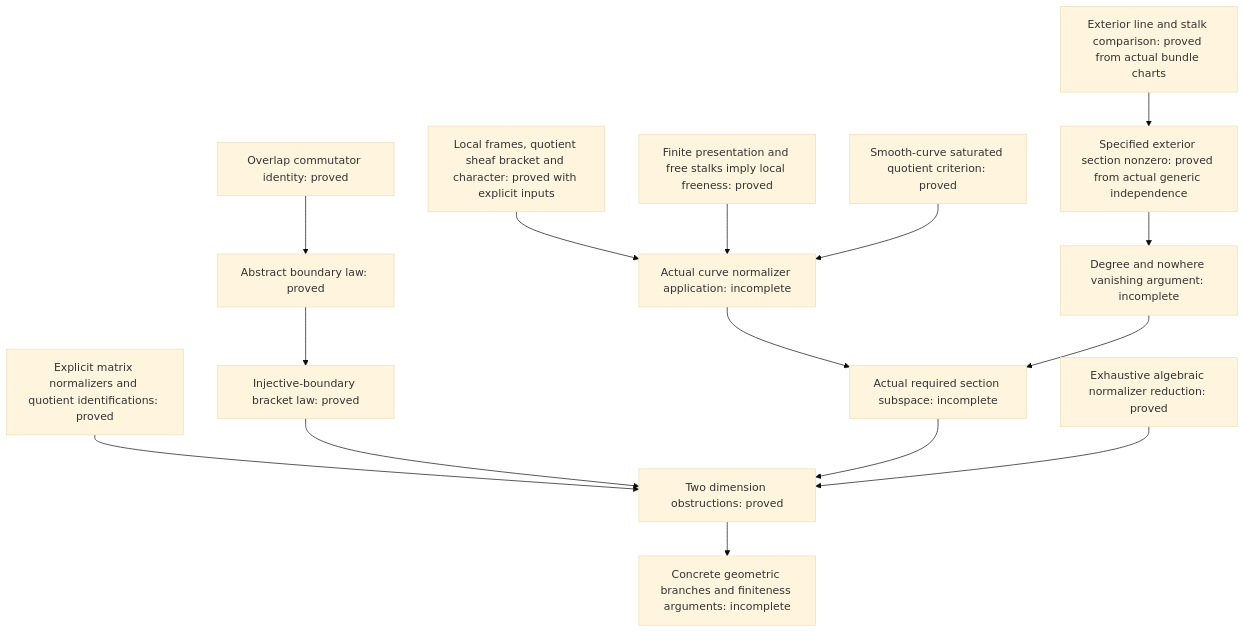
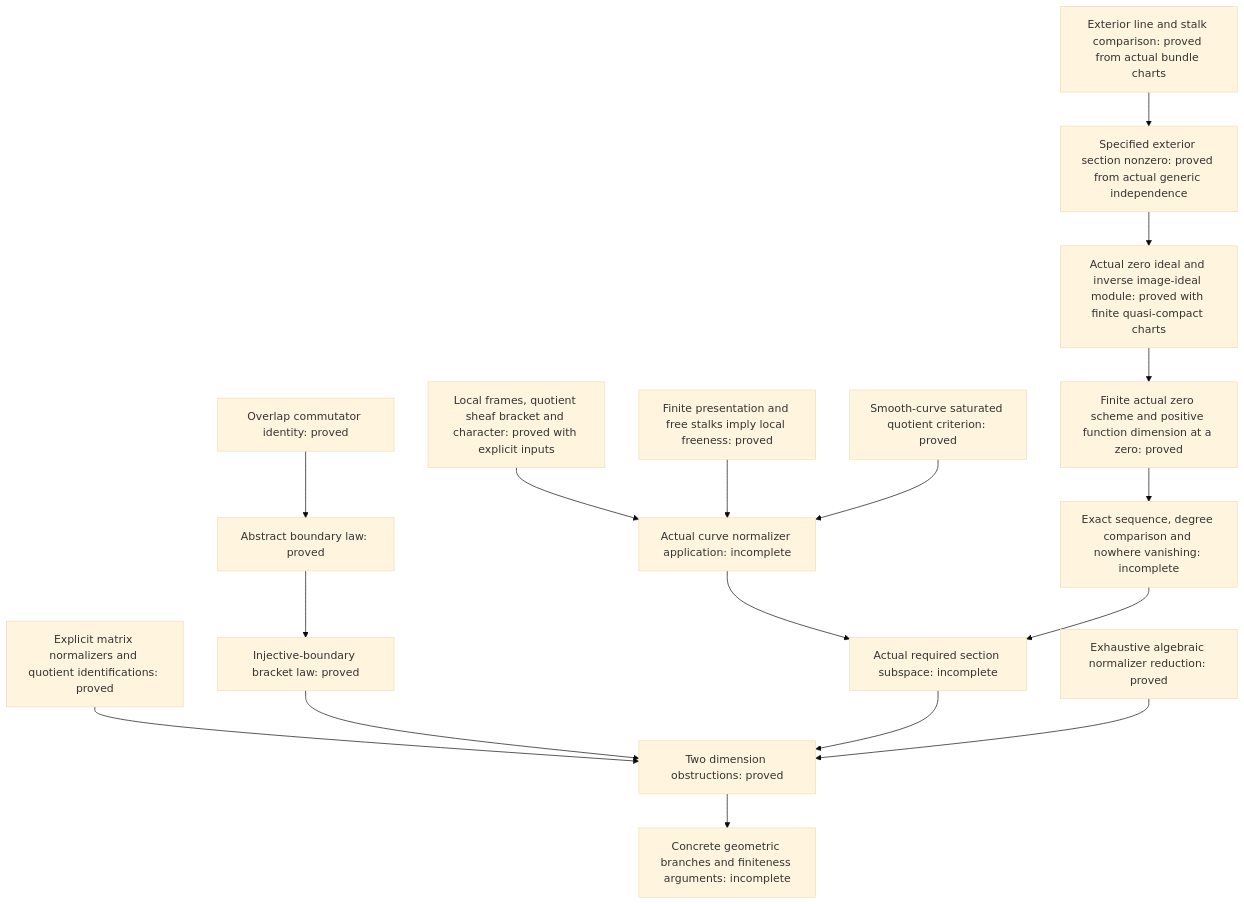
Before and after one commit to Robby955/rank-three-mcg-finiteness: the diagram in lean/normalizer-core/OVERVIEW.md, drawn with Mermaid (base theme). The commit also changed other lines of this file and 32 other files, not shown here.

````diff
--- a/lean/normalizer-core/OVERVIEW.md
+++ b/lean/normalizer-core/OVERVIEW.md
@@ -45,17 +45,19 @@
 ```mermaid
 flowchart TD
   A[Overlap commutator identity: proved] --> B[Abstract boundary law: proved]
   B --> C[Injective-boundary bracket law: proved]
   D[Explicit matrix normalizers and quotient identifications: proved] --> E[Two dimension obstructions: proved]
   C --> E
   F[Local frames, quotient sheaf bracket and character: proved with explicit inputs] --> G[Actual curve normalizer application: incomplete]
   H[Finite presentation and free stalks imply local freeness: proved] --> G
   I[Smooth-curve saturated quotient criterion: proved] --> G
   G --> J[Actual required section subspace: incomplete]
   J --> E
   L[Exhaustive algebraic normalizer reduction: proved] --> E
   M[Exterior line and stalk comparison: proved from actual bundle charts] --> N[Specified exterior section nonzero: proved from actual generic independence]
-  N --> O[Degree and nowhere vanishing argument: incomplete]
+  N --> P[Actual zero ideal and inverse image-ideal module: proved with finite quasi-compact charts]
+  P --> Q[Finite actual zero scheme and positive function dimension at a zero: proved]
+  Q --> O[Exact sequence, degree comparison and nowhere vanishing: incomplete]
   O --> J
   E --> K[Concrete geometric branches and finiteness arguments: incomplete]
 ```
````
